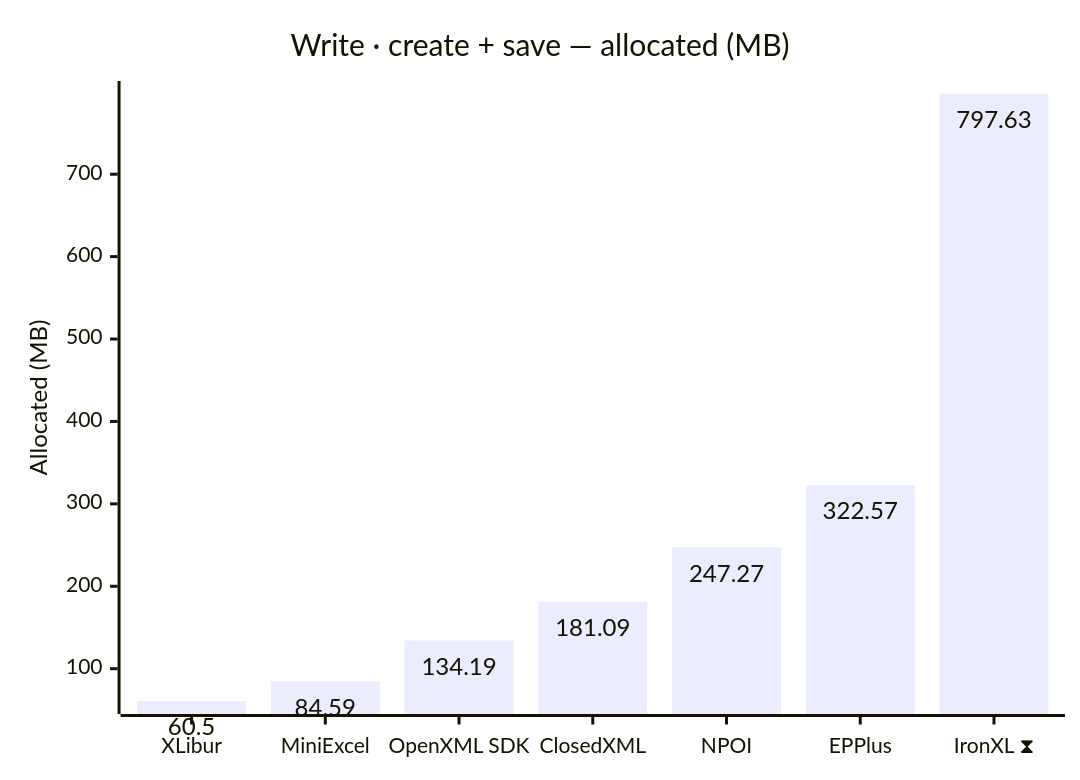
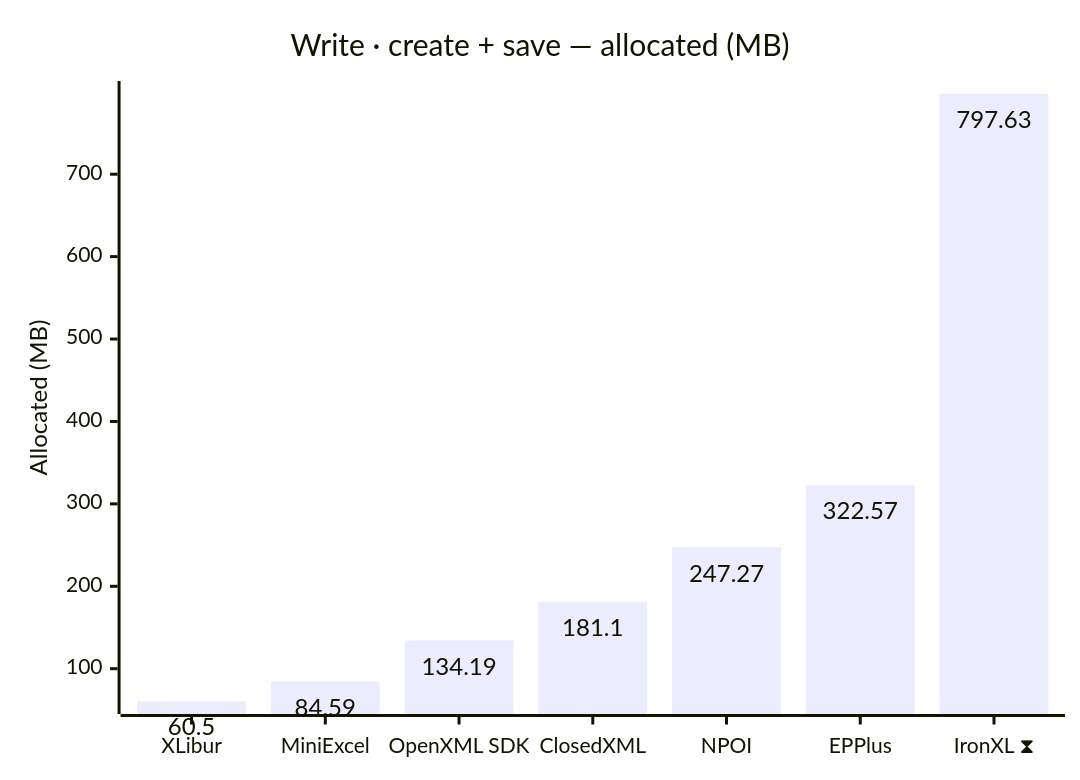
The sixth of 12 diagrams in docs/results-ci.md (jafin/XLBench), drawn with Mermaid before and after one commit. The commit also changed other lines of this file, not shown here.

````diff
--- a/docs/results-ci.md
+++ b/docs/results-ci.md
@@ -106,12 +106,12 @@
 ```mermaid
 ---
 config:
   xyChart:
     showDataLabel: true
 ---
 xychart-beta
     title "Write · create + save — allocated (MB)"
     x-axis ["XLibur", "MiniExcel", "OpenXML SDK", "ClosedXML", "NPOI", "EPPlus", "IronXL ⧗"]
     y-axis "Allocated (MB)"
-    bar [60.5, 84.59, 134.19, 181.09, 247.27, 322.57, 797.63]
+    bar [60.5, 84.59, 134.19, 181.1, 247.27, 322.57, 797.63]
 ```
````
